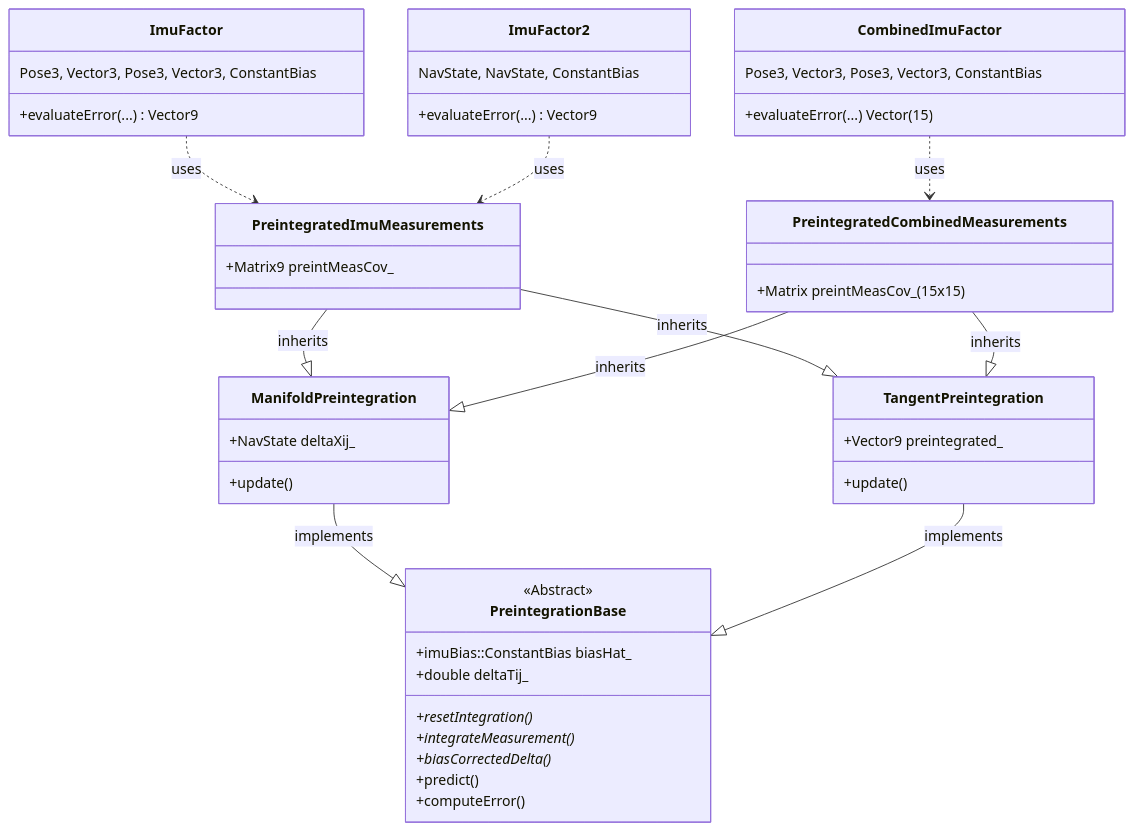
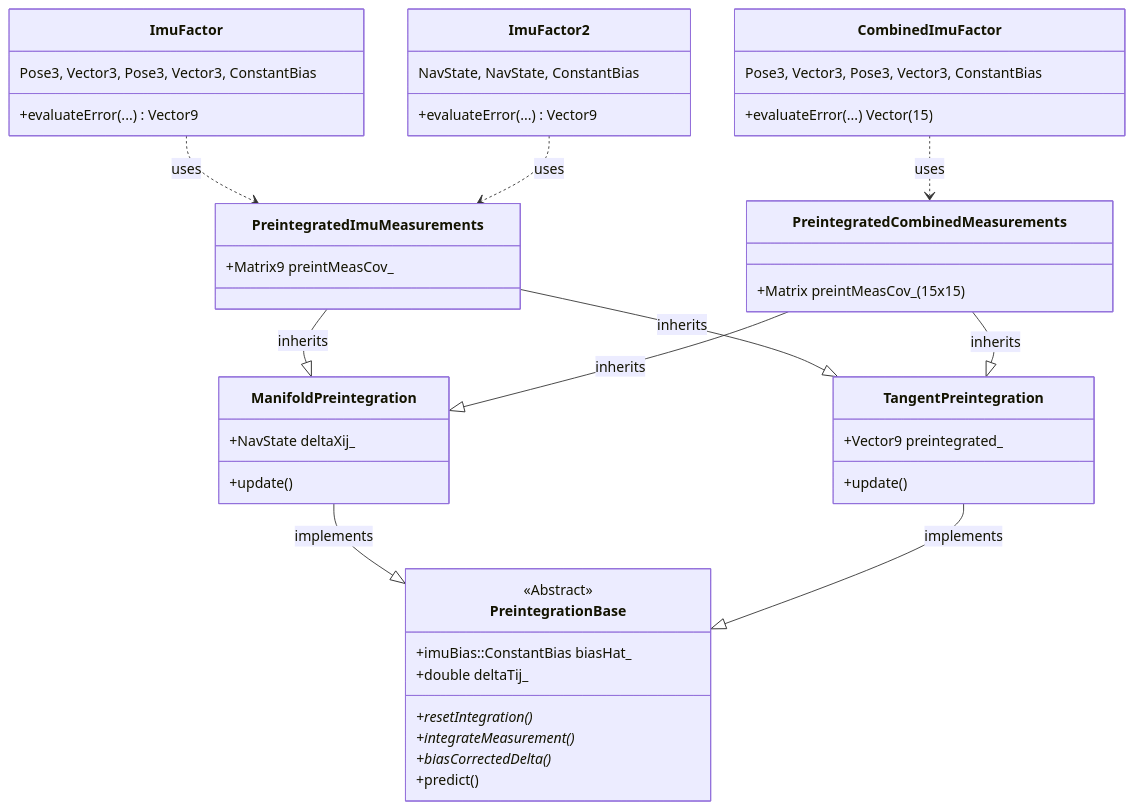
Before and after one commit to borglab/gtsam: the second of 3 diagrams in gtsam/navigation/navigation.md, drawn with Mermaid. The commit also changed 14 other files, not shown here.

````diff
--- a/gtsam/navigation/navigation.md
+++ b/gtsam/navigation/navigation.md
@@ -106,57 +106,56 @@
 ```mermaid
 classDiagram
     direction TD
 
     class PreintegrationBase {
         <<Abstract>>
         +imuBias::ConstantBias biasHat_
         +double deltaTij_
         +resetIntegration()*
         +integrateMeasurement()*
         +biasCorrectedDelta()*
         +predict()
-        +computeError()
     }
 
     class ManifoldPreintegration {
         +NavState deltaXij_
         +update()
     }
     ManifoldPreintegration --|> PreintegrationBase : implements
 
     class TangentPreintegration {
         +Vector9 preintegrated_
         +update()
     }
     TangentPreintegration --|> PreintegrationBase : implements
 
     class PreintegratedImuMeasurements {
         +Matrix9 preintMeasCov_
     }
     PreintegratedImuMeasurements --|> ManifoldPreintegration : inherits
     PreintegratedImuMeasurements --|> TangentPreintegration : inherits
 
     class PreintegratedCombinedMeasurements {
        +Matrix preintMeasCov_ (15x15)
     }
     PreintegratedCombinedMeasurements --|> ManifoldPreintegration : inherits
     PreintegratedCombinedMeasurements --|> TangentPreintegration : inherits
 
     class ImuFactor {
         Pose3, Vector3, Pose3, Vector3, ConstantBias
         +evaluateError(...) Vector9
     }
     ImuFactor ..> PreintegratedImuMeasurements : uses
     class ImuFactor2 {
         NavState, NavState, ConstantBias
         +evaluateError(...) Vector9
     }
     ImuFactor2 ..> PreintegratedImuMeasurements : uses
 
 
     class CombinedImuFactor {
         Pose3, Vector3, Pose3, Vector3, ConstantBias
          +evaluateError(...) Vector (15)
     }
     CombinedImuFactor ..> PreintegratedCombinedMeasurements : uses
 ```
````
